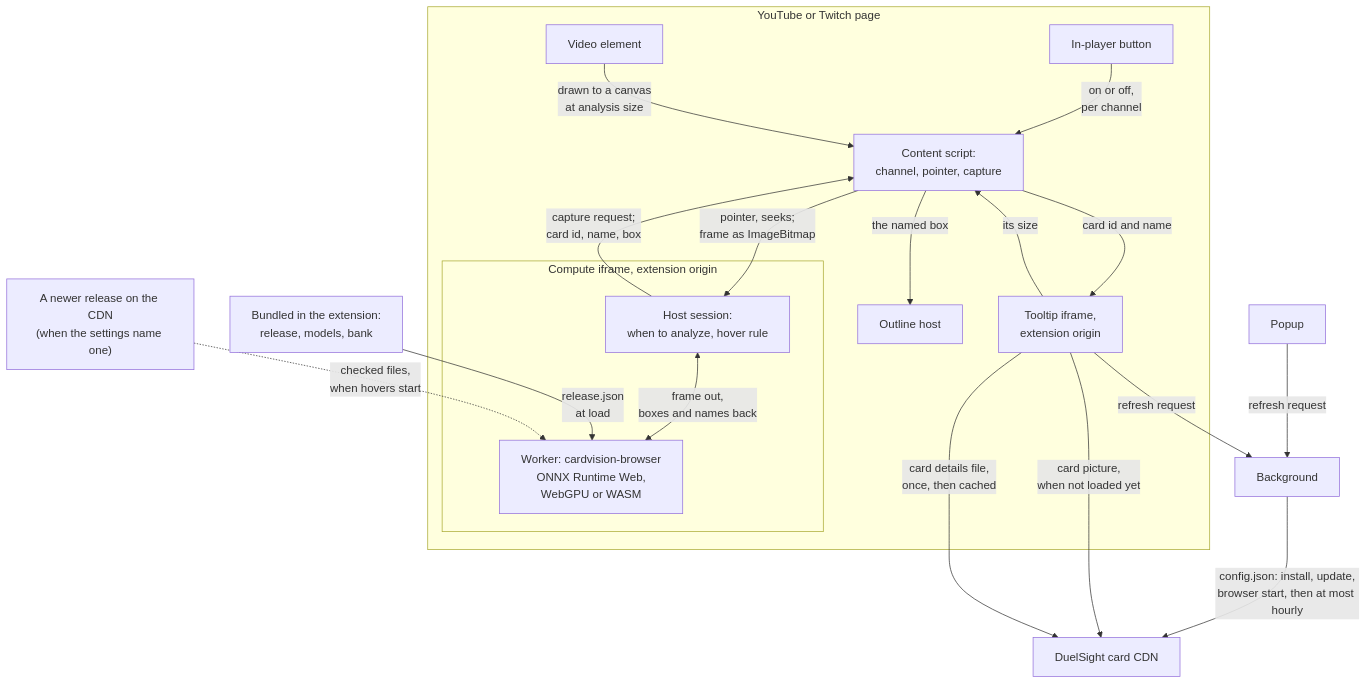
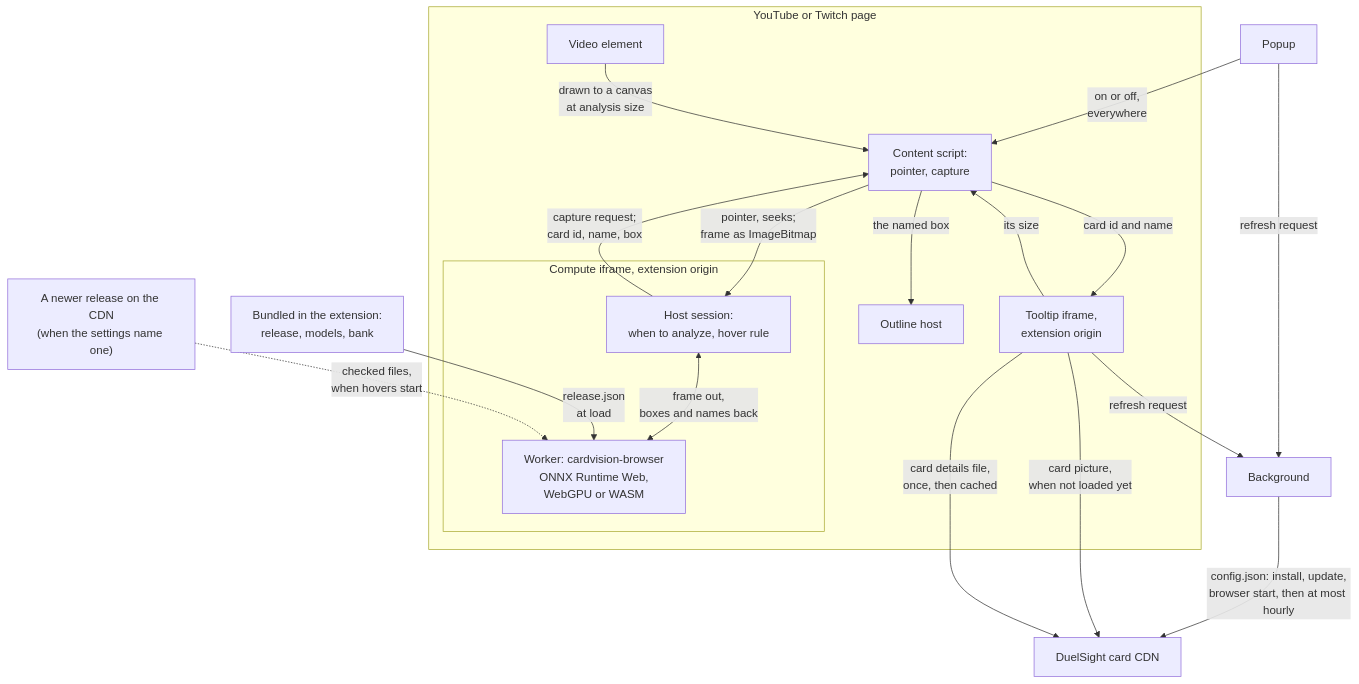
One commit to ryangswe/duelsight changed the diagram in docs/how-it-works.md. Above: the diagram before and after it, drawn with Mermaid. The commit also changed other lines of this file and 26 other files, not shown here.

First line of the commit message:
Always-on card hovers: the in-player button and the channel opt-in go (#4)

````diff
--- a/docs/how-it-works.md
+++ b/docs/how-it-works.md
@@ -33,35 +33,34 @@
 ```mermaid
 flowchart TD
     subgraph PAGE["YouTube or Twitch page"]
         VID["Video element"]
-        CS["Content script:<br/>channel, pointer, capture"]
-        BTN["In-player button"]
+        CS["Content script:<br/>pointer, capture"]
         OUT["Outline host"]
         subgraph CF["Compute iframe, extension origin"]
             HS["Host session:<br/>when to analyze, hover rule"]
             W["Worker: cardvision-browser<br/>ONNX Runtime Web,<br/>WebGPU or WASM"]
         end
         TT["Tooltip iframe,<br/>extension origin"]
     end
     PKG["Bundled in the extension:<br/>release, models, bank"]
     REL["A newer release on the CDN<br/>(when the settings name one)"]
     POP["Popup"]
     BG["Background"]
     CDN["DuelSight card CDN"]
 
-    BTN -- "on or off,<br/>per channel" --> CS
+    POP -- "on or off,<br/>everywhere" --> CS
     VID -- "drawn to a canvas<br/>at analysis size" --> CS
     CS -- "pointer, seeks;<br/>frame as ImageBitmap" --> HS
     HS -- "capture request;<br/>card id, name, box" --> CS
     HS <-- "frame out,<br/>boxes and names back" --> W
     PKG -- "release.json<br/>at load" --> W
     REL -. "checked files,<br/>when hovers start" .-> W
     CS -- "card id and name" --> TT
     TT -- "its size" --> CS
     CS -- "the named box" --> OUT
     TT -- "refresh request" --> BG
     POP -- "refresh request" --> BG
     BG -- "config.json: install, update,<br/>browser start, then at most hourly" --> CDN
     TT -- "card picture,<br/>when not loaded yet" --> CDN
     TT -- "card details file,<br/>once, then cached" --> CDN
 ```
````
